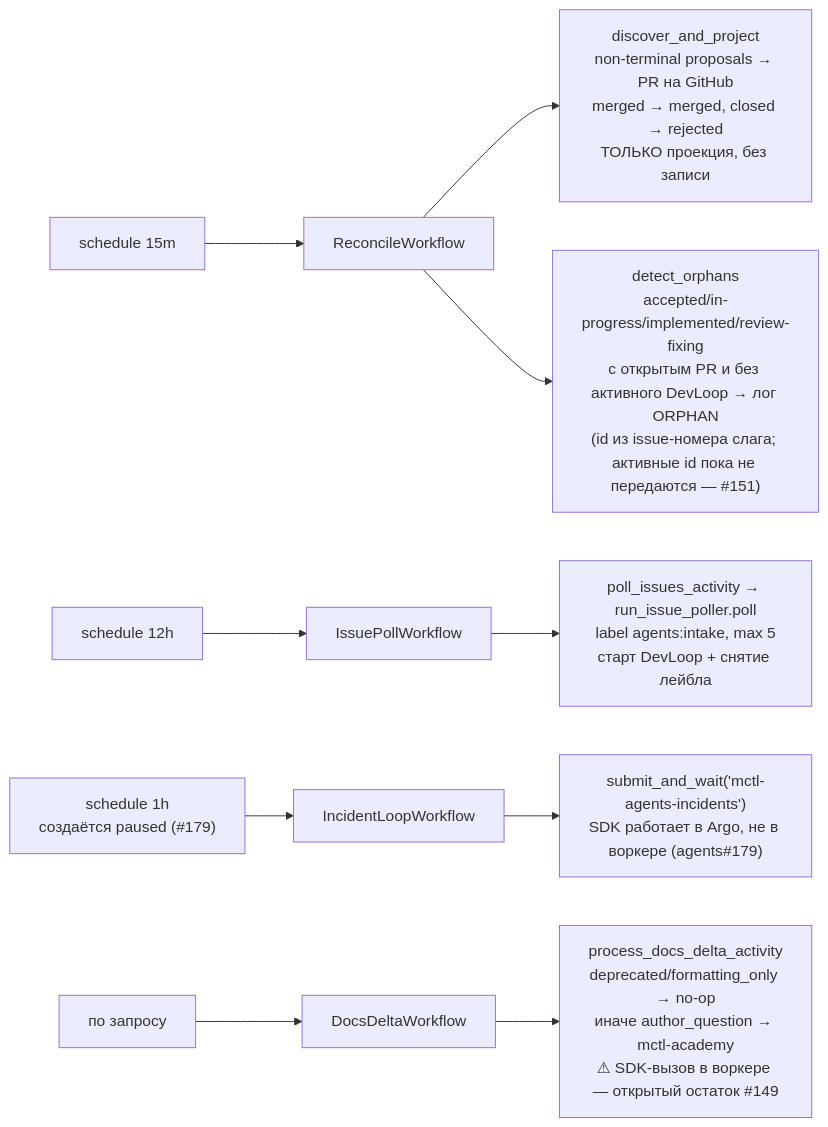
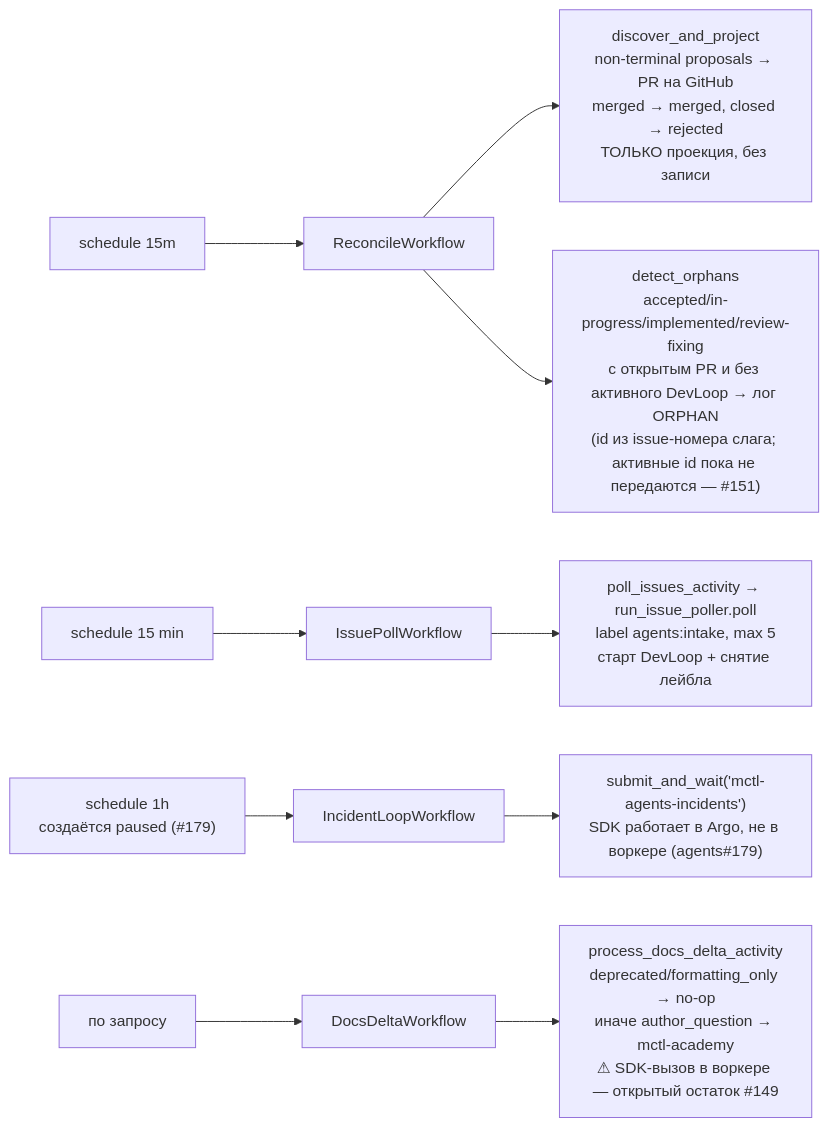
Before and after one commit to mctlhq/mctl-agents: the fourth of 4 diagrams in docs/temporal-flow.md, drawn with Mermaid. The commit also changed other lines of this file and 4 other files, not shown here.

````diff
--- a/docs/temporal-flow.md
+++ b/docs/temporal-flow.md
@@ -155,15 +155,15 @@
 ```mermaid
 flowchart LR
     S1["schedule 15m"] --> REC["ReconcileWorkflow"]
     REC --> D["discover_and_project<br/>non-terminal proposals → PR на GitHub<br/>merged → merged, closed → rejected<br/>ТОЛЬКО проекция, без записи"]
     REC --> O["detect_orphans<br/>accepted/in-progress/implemented/review-fixing<br/>с открытым PR и без активного DevLoop → лог ORPHAN<br/>(id из issue-номера слага; активные id пока не передаются — #151)"]
 
-    S2["schedule 12h"] --> ISS["IssuePollWorkflow"]
+    S2["schedule 15 min"] --> ISS["IssuePollWorkflow"]
     ISS --> P["poll_issues_activity → run_issue_poller.poll<br/>label agents:intake, max 5<br/>старт DevLoop + снятие лейбла"]
 
     S3["schedule 1h<br/>создаётся paused (#179)"] --> INC["IncidentLoopWorkflow"]
     INC --> I["submit_and_wait('mctl-agents-incidents')<br/>SDK работает в Argo, не в воркере (agents#179)"]
 
     S4["по запросу"] --> DOC["DocsDeltaWorkflow"]
     DOC --> DD["process_docs_delta_activity<br/>deprecated/formatting_only → no-op<br/>иначе author_question → mctl-academy<br/>⚠ SDK-вызов в воркере — открытый остаток #149"]
 ```
````
